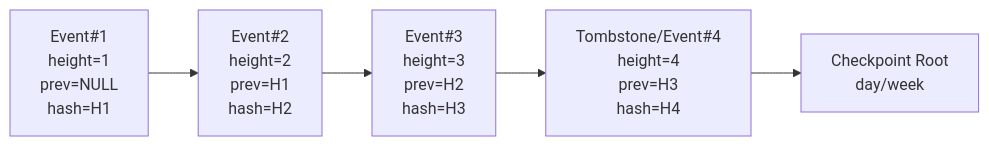
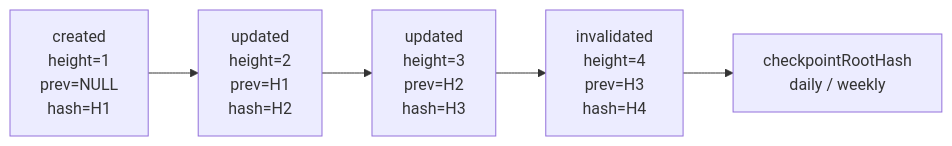
The second of 3 diagrams in README.md (vientofactory/LawCast-Backend), drawn with Mermaid before and after one commit. The commit also changed other lines of this file and 5 other files, not shown here.

````diff
--- a/README.md
+++ b/README.md
@@ -211,7 +212,7 @@
 ```mermaid
 flowchart LR
-	E1[Event#1\nheight=1\nprev=NULL\nhash=H1] --> E2[Event#2\nheight=2\nprev=H1\nhash=H2]
-	E2 --> E3[Event#3\nheight=3\nprev=H2\nhash=H3]
-	E3 --> E4[Tombstone/Event#4\nheight=4\nprev=H3\nhash=H4]
-	E4 --> CP[Checkpoint Root\nday/week]
+	E1[created\nheight=1\nprev=NULL\nhash=H1] --> E2[updated\nheight=2\nprev=H1\nhash=H2]
+	E2 --> E3[updated\nheight=3\nprev=H2\nhash=H3]
+	E3 --> E4[invalidated\nheight=4\nprev=H3\nhash=H4]
+	E4 --> CP[checkpointRootHash\ndaily / weekly]
 ```
````
